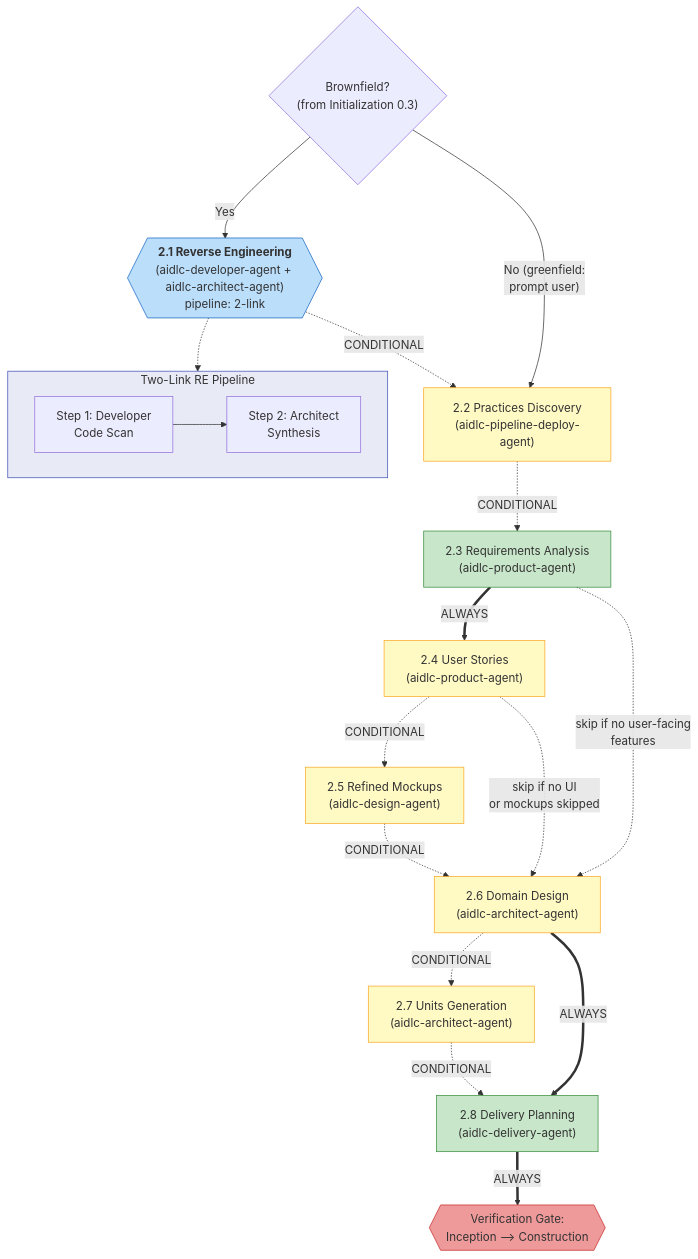
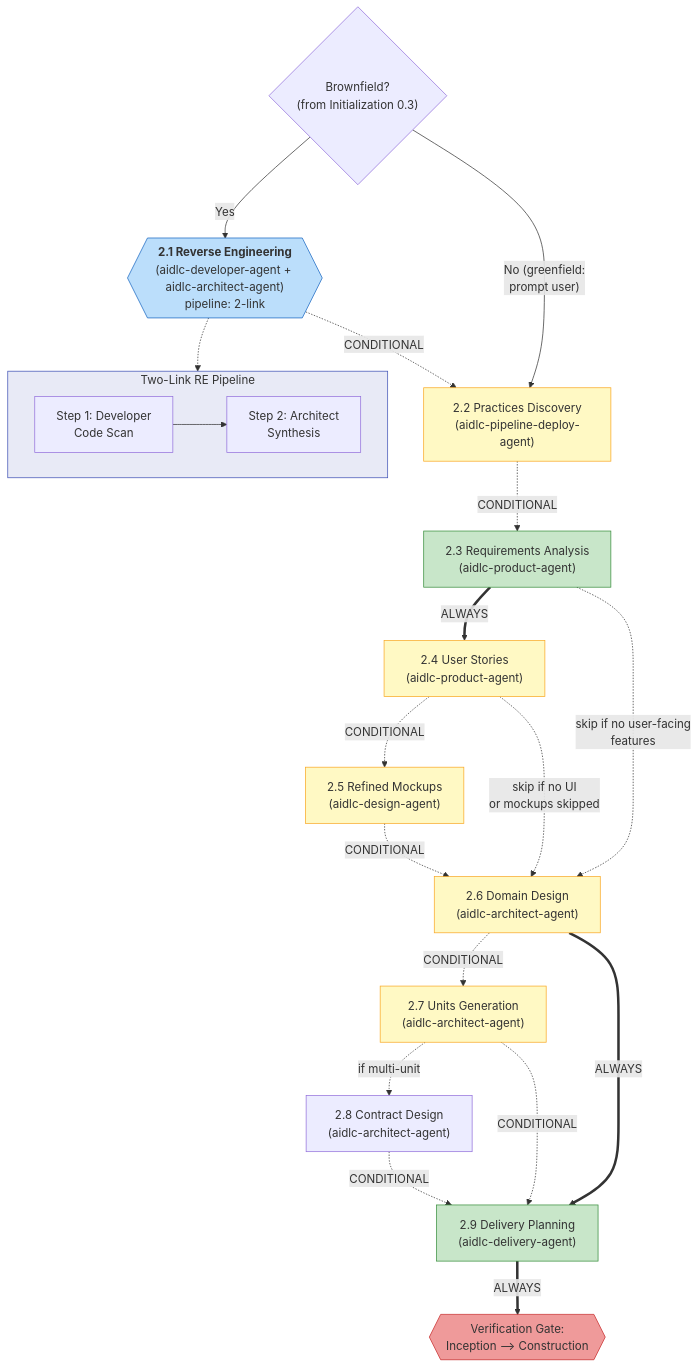
One commit to comdaze/aidlc-workflows changed the third of 12 diagrams in docs/reference/diagrams.md. Above: the diagram before and after it, drawn with Mermaid. The commit also changed 33 other files, not shown here.

````diff
--- a/docs/reference/diagrams.md
+++ b/docs/reference/diagrams.md
@@ -110,50 +110,53 @@
 ```mermaid
 flowchart TD
     S21{{"`**2.1 Reverse Engineering**
     (aidlc-developer-agent + aidlc-architect-agent)
     pipeline: 2-link`"}}
     S22a["2.2 Practices Discovery\n(aidlc-pipeline-deploy-agent)"]
     S22["2.3 Requirements Analysis\n(aidlc-product-agent)"]
     S23["2.4 User Stories\n(aidlc-product-agent)"]
     S24["2.5 Refined Mockups\n(aidlc-design-agent)"]
     S25["2.6 Domain Design\n(aidlc-architect-agent)"]
     S26["2.7 Units Generation\n(aidlc-architect-agent)"]
-    S27["2.8 Delivery Planning\n(aidlc-delivery-agent)"]
+    S28["2.8 Contract Design\n(aidlc-architect-agent)"]
+    S27["2.9 Delivery Planning\n(aidlc-delivery-agent)"]
     VG2{{"Verification Gate:\nInception --> Construction"}}
 
     BF_CHECK{"Brownfield?\n(from Initialization 0.3)"}
     BF_CHECK -->|Yes| S21
     BF_CHECK -->|"No (greenfield:\nprompt user)"| S22a
     S21 -.->|CONDITIONAL| S22a
     S22a -.->|CONDITIONAL| S22
 
     subgraph RE_DETAIL["Two-Link RE Pipeline"]
         direction LR
         DEV_SCAN["Step 1: Developer\nCode Scan"]
         ARCH_SYNTH["Step 2: Architect\nSynthesis"]
         DEV_SCAN --> ARCH_SYNTH
     end
 
     S21 -.-> RE_DETAIL
 
     S22 ==>|ALWAYS| S23
     S22 -.->|"skip if no user-facing\nfeatures"| S25
     S23 -.->|CONDITIONAL| S24
     S23 -.->|"skip if no UI\nor mockups skipped"| S25
     S24 -.->|CONDITIONAL| S25
     S25 -.->|CONDITIONAL| S26
     S25 ==>|ALWAYS| S27
+    S26 -.->|"if multi-unit"| S28
     S26 -.->|CONDITIONAL| S27
+    S28 -.->|CONDITIONAL| S27
     S27 ==>|ALWAYS| VG2
 
     style S21 fill:#bbdefb,stroke:#1565c0
     style S22 fill:#c8e6c9,stroke:#388e3c
     style S27 fill:#c8e6c9,stroke:#388e3c
     style S22a fill:#fff9c4,stroke:#f9a825
     style S23 fill:#fff9c4,stroke:#f9a825
     style S24 fill:#fff9c4,stroke:#f9a825
     style S25 fill:#fff9c4,stroke:#f9a825
     style S26 fill:#fff9c4,stroke:#f9a825
     style VG2 fill:#ef9a9a,stroke:#c62828
     style RE_DETAIL fill:#e8eaf6,stroke:#3f51b5
 ```
````
